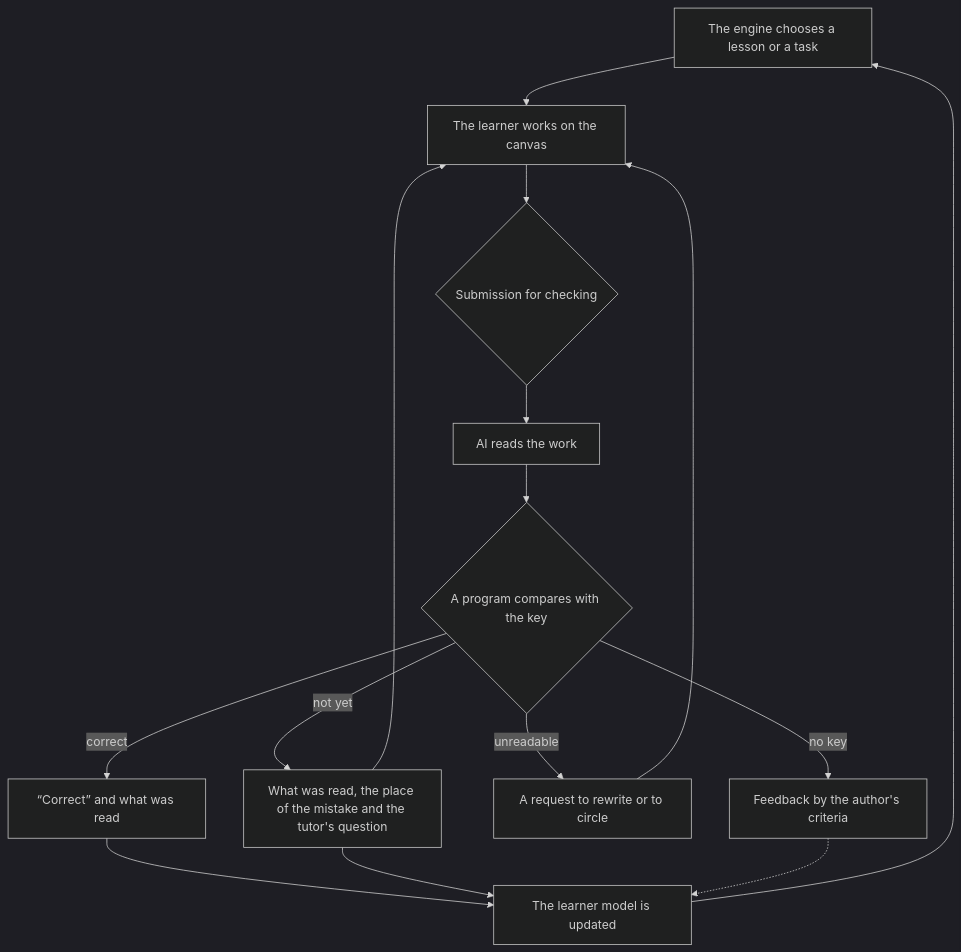
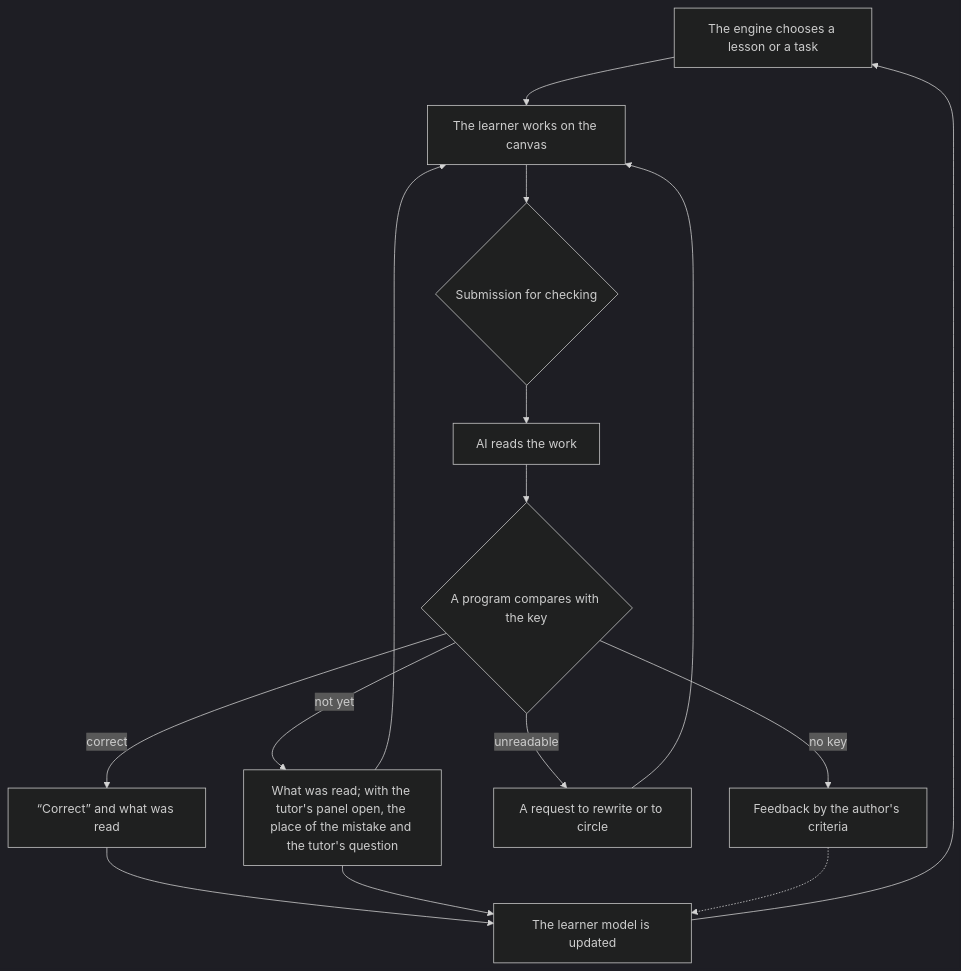
The first of 2 diagrams in docs/product.md (altnovatrail/spec), drawn with Mermaid (dark theme) before and after one commit. The commit also changed other lines of this file and 7 other files, not shown here.

Commit message:
T182: the findings of the review — contracts 15, architecture 4.1, R67 and R82, О-26; the task to the archive

````diff
--- a/docs/product.md
+++ b/docs/product.md
@@ -73,17 +73,17 @@
 ```mermaid
 flowchart TD
     E["The engine chooses a lesson or a task"] --> W["The learner works on the canvas"]
     W --> C{"Submission for checking"}
     C --> R["AI reads the work"]
     R --> P{"A program compares with the key"}
     P -->|"correct"| OK["“Correct” and what was read"]
-    P -->|"not yet"| NY["What was read, the place of the mistake and the tutor's question"]
+    P -->|"not yet"| NY["What was read; with the tutor's panel open, the place of the mistake and the tutor's question"]
     P -->|"unreadable"| RW["A request to rewrite or to circle"]
     P -->|"no key"| FB["Feedback by the author's criteria"]
     NY --> W
     RW --> W
     OK --> M["The learner model is updated"]
     NY --> M
     FB -.-> M
     M --> E
 ```
````
